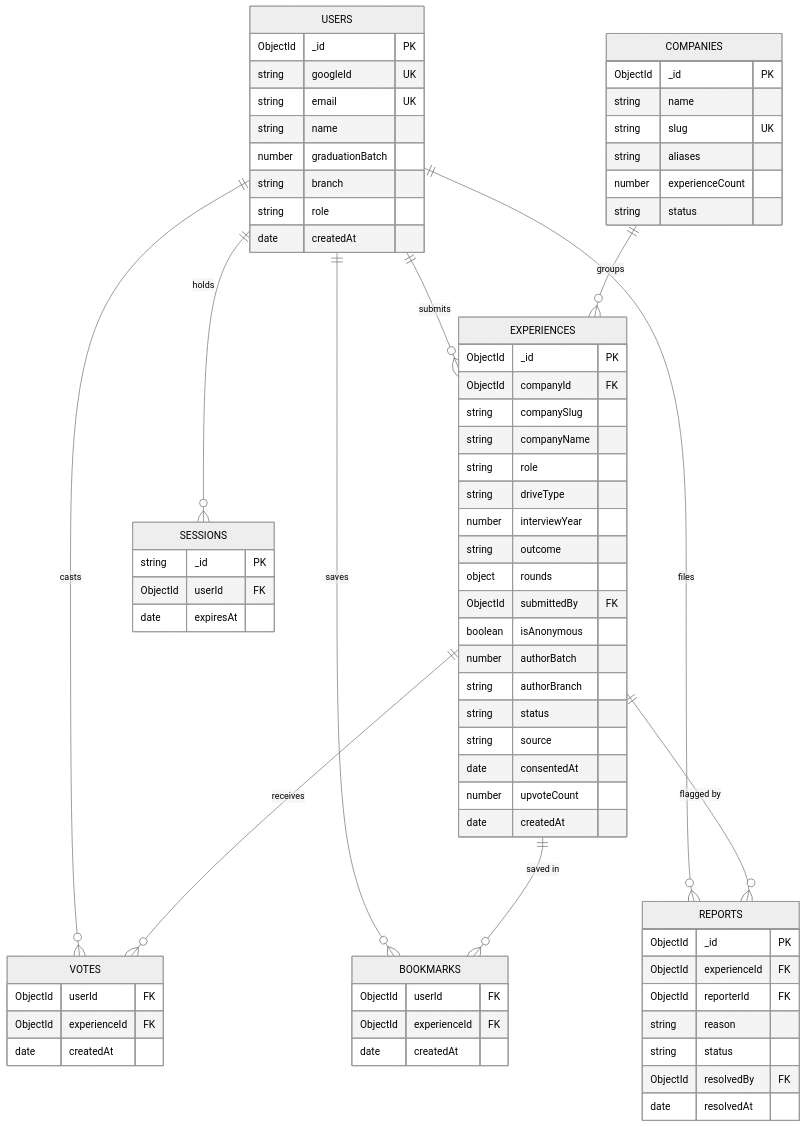
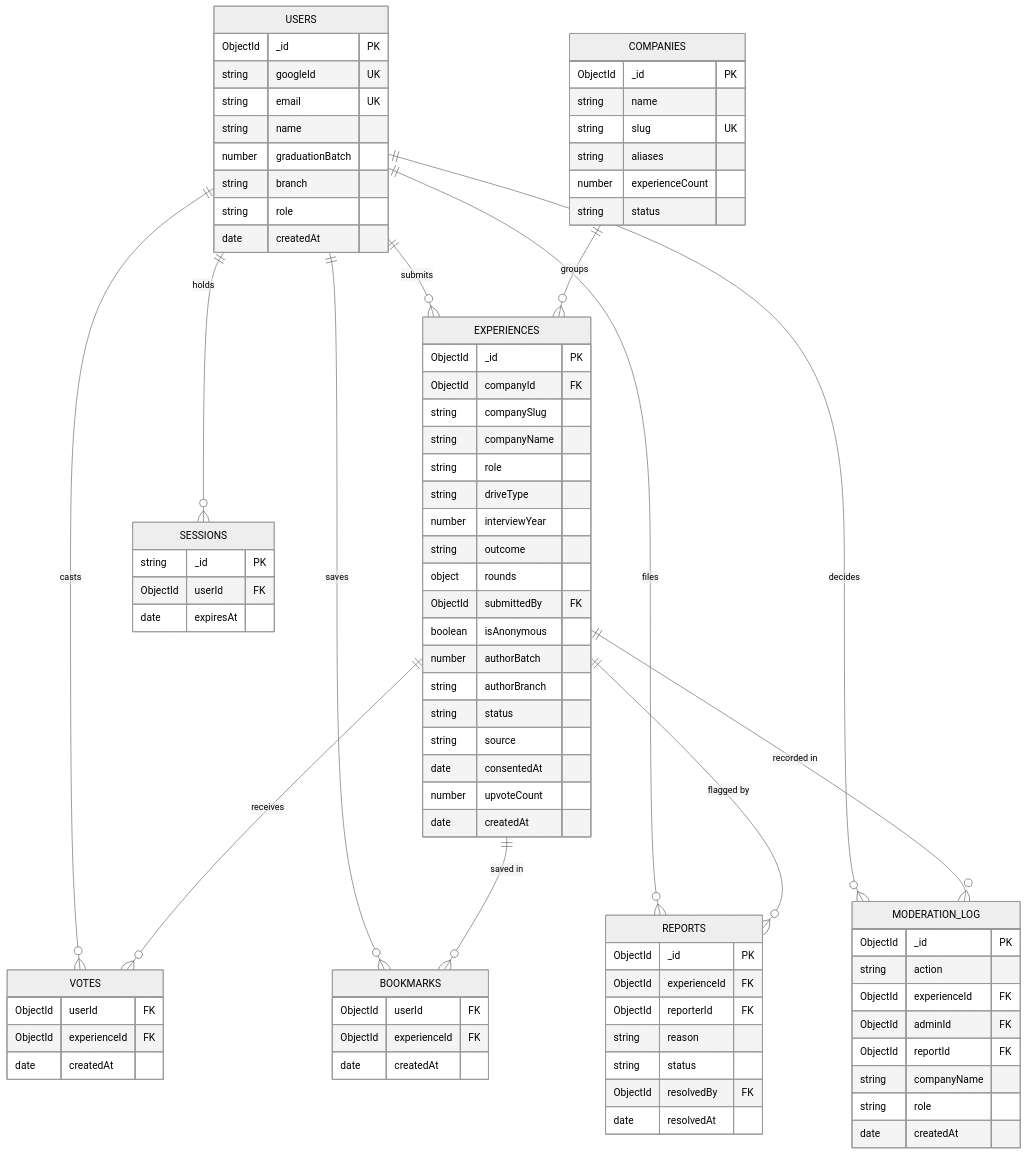
Before and after one commit to RAVIYADAV6522/PrepLens: the third of 7 diagrams in README.md, drawn with Mermaid (neutral theme). The commit also changed other lines of this file and 6 other files, not shown here.

```diff
--- a/README.md
+++ b/README.md
@@ -239,6 +254,8 @@
     USERS ||--o{ REPORTS : files
     EXPERIENCES ||--o{ REPORTS : "flagged by"
     USERS ||--o{ SESSIONS : holds
+    USERS ||--o{ MODERATION_LOG : decides
+    EXPERIENCES ||--o{ MODERATION_LOG : "recorded in"
 
     USERS {
         ObjectId _id PK
@@ -303,6 +320,17 @@
         date resolvedAt
     }
 
+    MODERATION_LOG {
+        ObjectId _id PK
+        string action
+        ObjectId experienceId FK
+        ObjectId adminId FK
+        ObjectId reportId FK
+        string companyName
+        string role
+        date createdAt
+    }
+
     SESSIONS {
         string _id PK
         ObjectId userId FK
```
